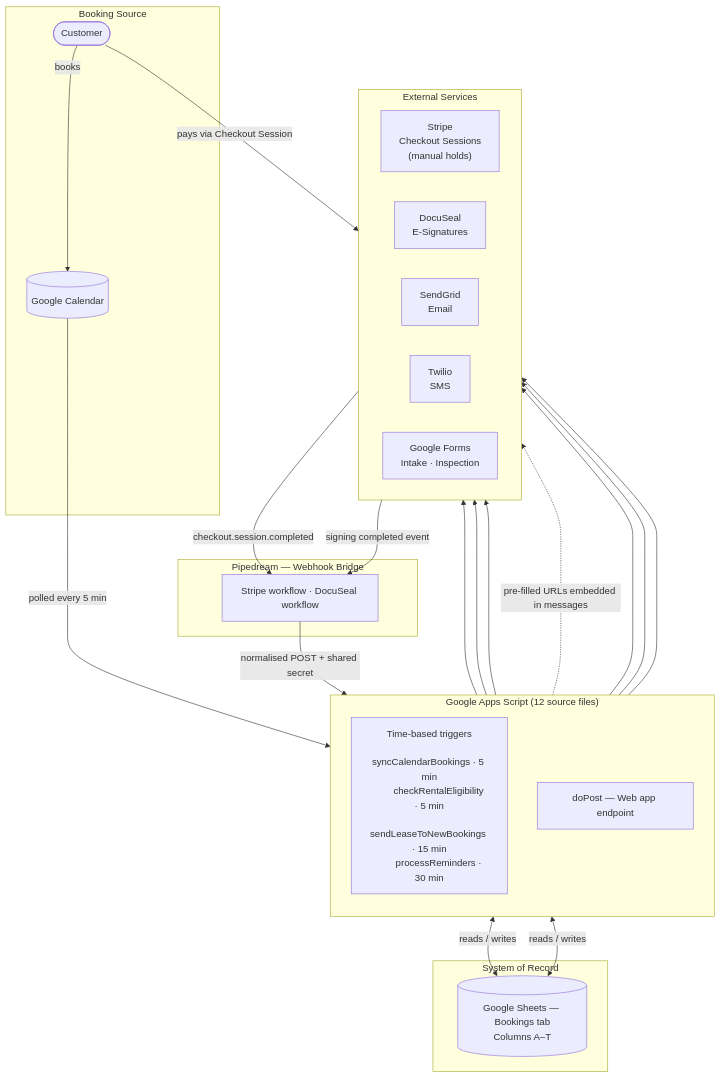
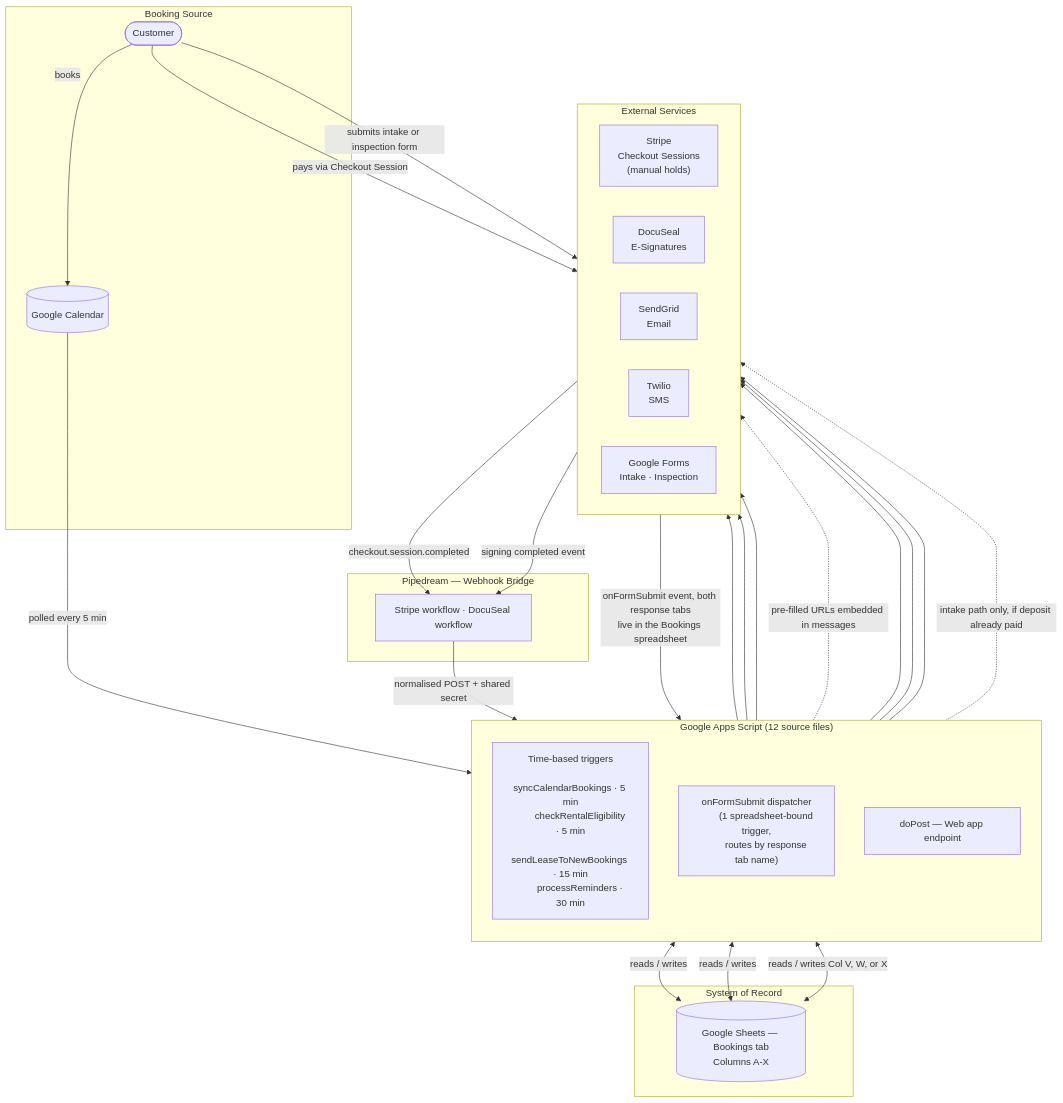
Before and after one commit to SolomonBell/vehicle-script: the second of 2 diagrams in README.md, drawn with Mermaid. The commit also changed other lines of this file and 5 other files, not shown here.

````diff
--- a/README.md
+++ b/README.md
@@ -326,52 +402,60 @@
 ```mermaid
 graph TB
     subgraph Source["Booking Source"]
         CUST([Customer])
         GCAL[(Google Calendar)]
     end
 
     subgraph GAS["Google Apps Script (12 source files)"]
         direction TB
         TRIGGERS["Time-based triggers
         syncCalendarBookings · 5 min
         checkRentalEligibility · 5 min
         sendLeaseToNewBookings · 15 min
         processReminders · 30 min"]
+        ONFORMSUBMIT["onFormSubmit dispatcher
+        (1 spreadsheet-bound trigger,
+        routes by response tab name)"]
         DOPOST["doPost — Web app endpoint"]
     end
 
     subgraph RECORD["System of Record"]
-        SHEETS[(Google Sheets — Bookings tab\nColumns A–T)]
+        SHEETS[(Google Sheets — Bookings tab\nColumns A-X)]
     end
 
     subgraph BRIDGE["Pipedream — Webhook Bridge"]
         PD["Stripe workflow · DocuSeal workflow"]
     end
 
     subgraph SERVICES["External Services"]
         direction LR
         STRIPE["Stripe\nCheckout Sessions\n(manual holds)"]
         DOCUSEAL["DocuSeal\nE-Signatures"]
         SENDGRID["SendGrid\nEmail"]
         TWILIO["Twilio\nSMS"]
         FORMS["Google Forms\nIntake · Inspection"]
     end
 
     CUST -->|books| GCAL
     GCAL -->|polled every 5 min| TRIGGERS
     TRIGGERS <-->|reads / writes| SHEETS
     TRIGGERS --> SENDGRID
     TRIGGERS --> TWILIO
     TRIGGERS --> DOCUSEAL
     TRIGGERS -.->|pre-filled URLs embedded in messages| FORMS
 
     CUST -->|pays via Checkout Session| STRIPE
     STRIPE -->|checkout.session.completed| PD
     DOCUSEAL -->|signing completed event| PD
     PD -->|normalised POST + shared secret| DOPOST
 
     DOPOST <-->|reads / writes| SHEETS
     DOPOST --> SENDGRID
     DOPOST --> TWILIO
     DOPOST --> DOCUSEAL
+
+    CUST -->|submits intake or inspection form| FORMS
+    FORMS -->|onFormSubmit event, both response tabs\nlive in the Bookings spreadsheet| ONFORMSUBMIT
+    ONFORMSUBMIT <-->|reads / writes Col V, W, or X| SHEETS
+    ONFORMSUBMIT -.->|intake path only, if deposit already paid| DOCUSEAL
 ```
````
